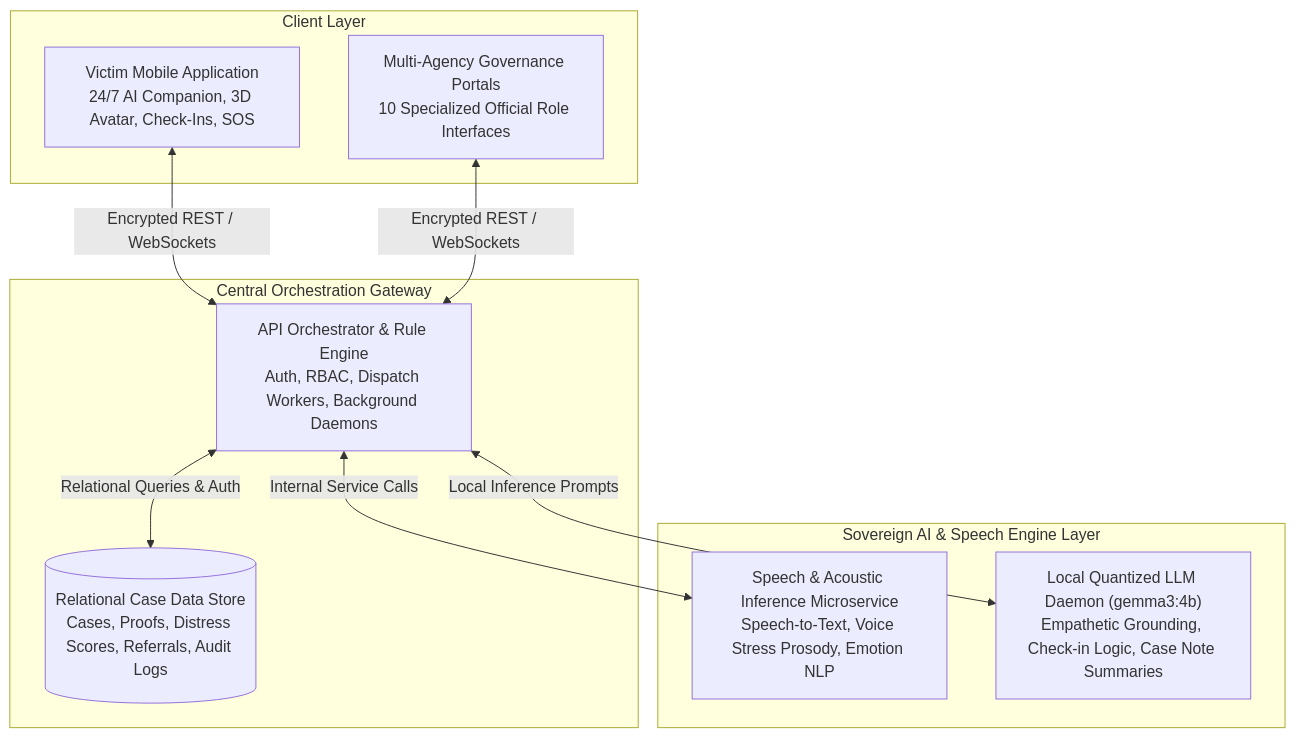
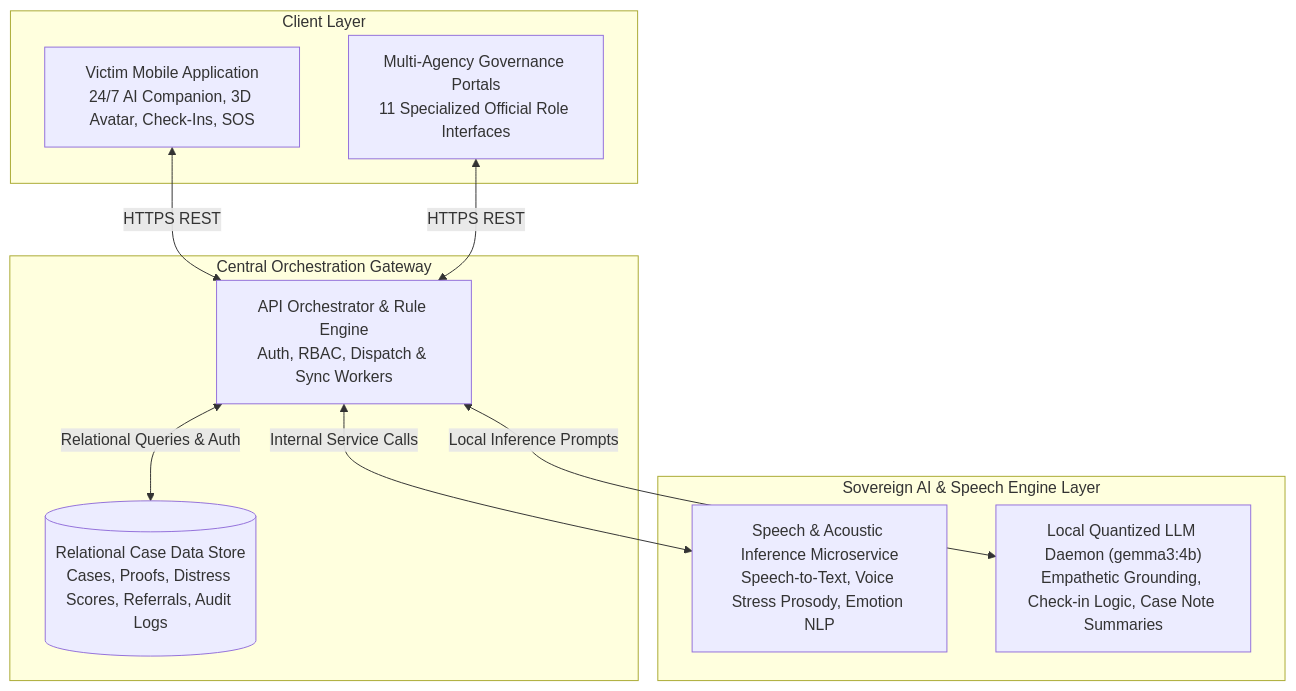
The second of 7 diagrams in Mansakha/README.md (Ganga9115/Mansakha), drawn with Mermaid before and after one commit. The commit also changed other lines of this file and 1 other file, not shown here.

First line of the commit message:
Align README with the current roles, workflows, and schema

````diff
--- a/Mansakha/README.md
+++ b/Mansakha/README.md
@@ -160,23 +160,23 @@
 ```mermaid
 graph TD
     subgraph "Client Layer"
         MobileApp["Victim Mobile Application<br/>24/7 AI Companion, 3D Avatar, Check-Ins, SOS"]
-        WebPortal["Multi-Agency Governance Portals<br/>10 Specialized Official Role Interfaces"]
+        WebPortal["Multi-Agency Governance Portals<br/>11 Specialized Official Role Interfaces"]
     end
 
     subgraph "Central Orchestration Gateway"
-        Gateway["API Orchestrator & Rule Engine<br/>Auth, RBAC, Dispatch Workers, Background Daemons"]
+        Gateway["API Orchestrator & Rule Engine<br/>Auth, RBAC, Dispatch & Sync Workers"]
         Database[("Relational Case Data Store<br/>Cases, Proofs, Distress Scores, Referrals, Audit Logs")]
     end
 
     subgraph "Sovereign AI & Speech Engine Layer"
         MLMicroservice["Speech & Acoustic Inference Microservice<br/>Speech-to-Text, Voice Stress Prosody, Emotion NLP"]
         LocalLLM["Local Quantized LLM Daemon (gemma3:4b)<br/>Empathetic Grounding, Check-in Logic, Case Note Summaries"]
     end
 
-    MobileApp <-->|Encrypted REST / WebSockets| Gateway
-    WebPortal <-->|Encrypted REST / WebSockets| Gateway
+    MobileApp <-->|HTTPS REST| Gateway
+    WebPortal <-->|HTTPS REST| Gateway
     Gateway <-->|Relational Queries & Auth| Database
     Gateway <-->|Internal Service Calls| MLMicroservice
     Gateway <-->|Local Inference Prompts| LocalLLM
 ```
````
